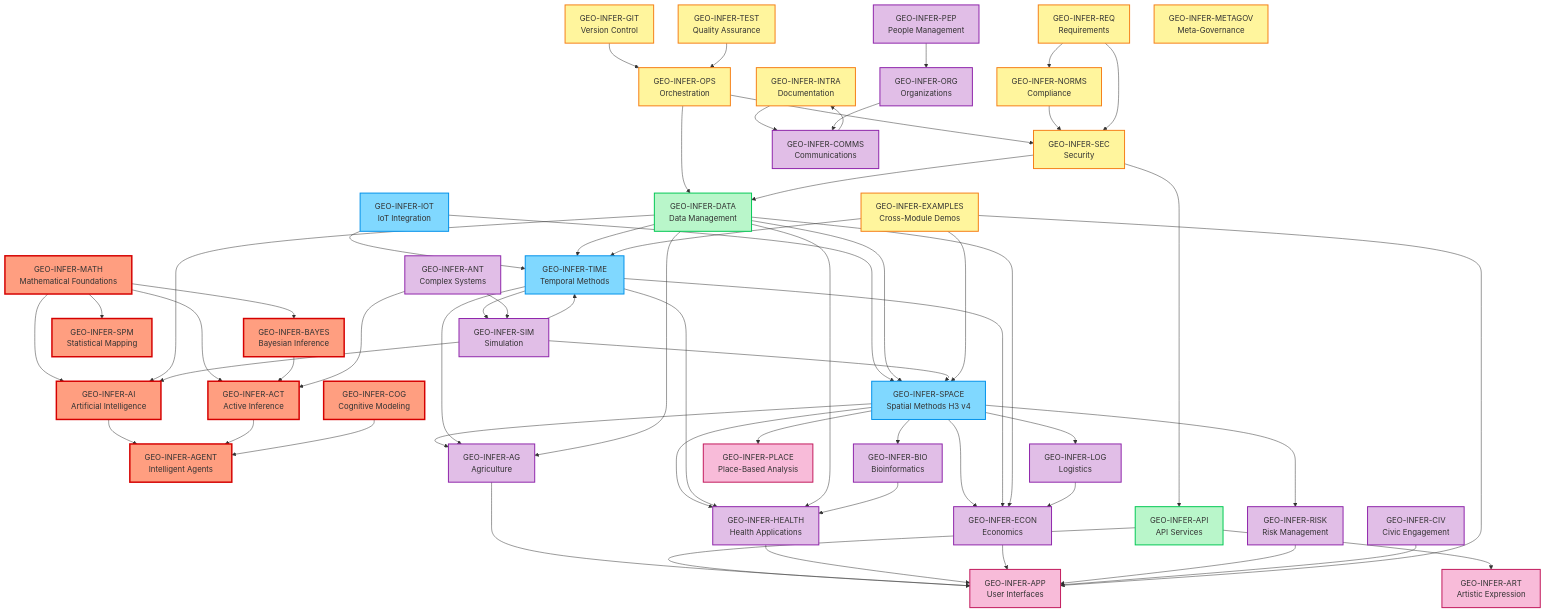
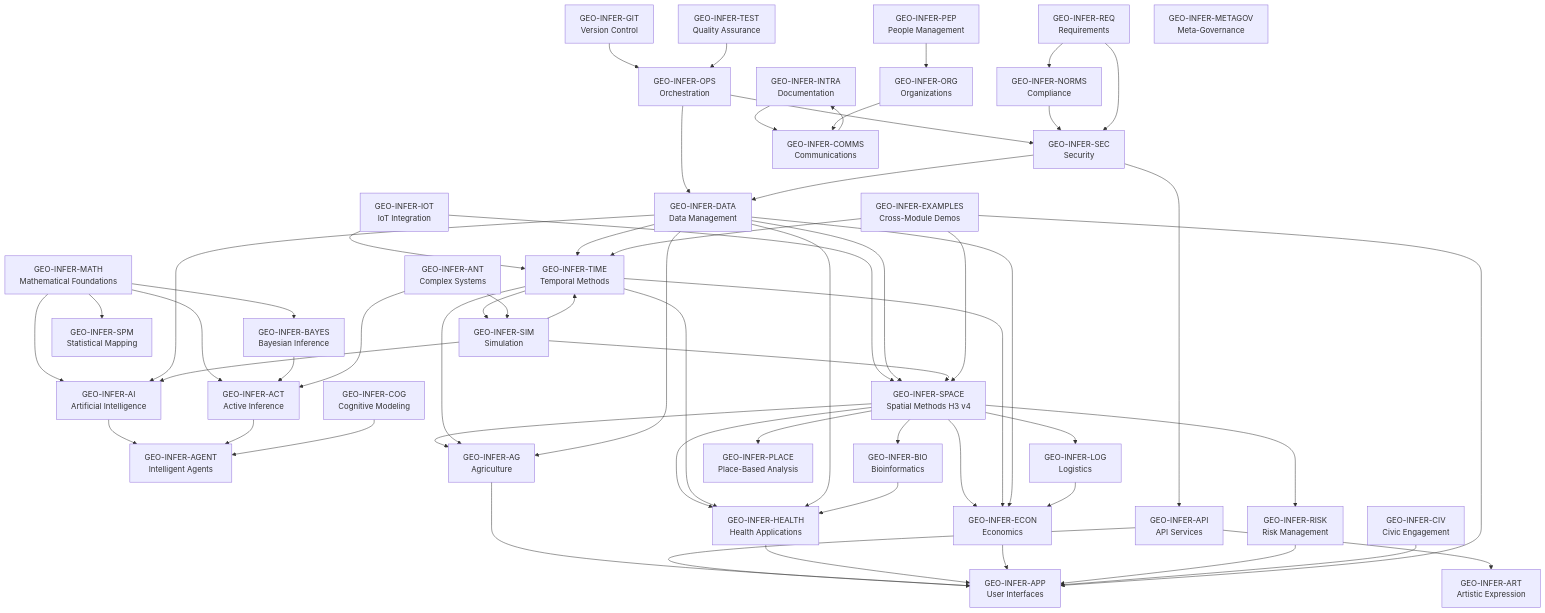
One commit to ActiveInferenceInstitute/GEO-INFER changed the first of 3 diagrams in README.md. Above: the diagram before and after it, drawn with Mermaid. The commit also changed other lines of this file and 387 other files, not shown here.

````diff
--- a/README.md
+++ b/README.md
@@ -225,67 +227,62 @@
 ```mermaid
 graph TB
-    classDef coreNode fill:#ff9e80,stroke:#d50000,stroke-width:3px
-    classDef spatialNode fill:#80d8ff,stroke:#0091ea,stroke-width:2px
-    classDef dataNode fill:#b9f6ca,stroke:#00c853,stroke-width:2px
-    classDef domainNode fill:#e1bee7,stroke:#8e24aa,stroke-width:2px
-    classDef opsNode fill:#fff59d,stroke:#f57f17,stroke-width:2px
-    classDef appNode fill:#f8bbd9,stroke:#c2185b,stroke-width:2px
+    %% Note: no explicit styling; keep dark-mode compatible
 
     %% Core Analytical Layer
-    MATH["GEO-INFER-MATH<br/>Mathematical Foundations"]:::coreNode
-    BAYES["GEO-INFER-BAYES<br/>Bayesian Inference"]:::coreNode
-    ACT["GEO-INFER-ACT<br/>Active Inference"]:::coreNode
-    AI["GEO-INFER-AI<br/>Artificial Intelligence"]:::coreNode
-    COG["GEO-INFER-COG<br/>Cognitive Modeling"]:::coreNode
-    AGENT["GEO-INFER-AGENT<br/>Intelligent Agents"]:::coreNode
-    SPM["GEO-INFER-SPM<br/>Statistical Mapping"]:::coreNode
+    MATH["GEO-INFER-MATH<br/>Mathematical Foundations"]
+    BAYES["GEO-INFER-BAYES<br/>Bayesian Inference"]
+    ACT["GEO-INFER-ACT<br/>Active Inference"]
+    AI["GEO-INFER-AI<br/>Artificial Intelligence"]
+    COG["GEO-INFER-COG<br/>Cognitive Modeling"]
+    AGENT["GEO-INFER-AGENT<br/>Intelligent Agents"]
+    SPM["GEO-INFER-SPM<br/>Statistical Mapping"]
 
     %% Spatial-Temporal Layer
-    SPACE["GEO-INFER-SPACE<br/>Spatial Methods H3 v4"]:::spatialNode
-    TIME["GEO-INFER-TIME<br/>Temporal Methods"]:::spatialNode
-    IOT["GEO-INFER-IOT<br/>IoT Integration"]:::spatialNode
+    SPACE["GEO-INFER-SPACE<br/>Spatial Methods H3 v4"]
+    TIME["GEO-INFER-TIME<br/>Temporal Methods"]
+    IOT["GEO-INFER-IOT<br/>IoT Integration"]
 
     %% Data Management Layer
-    DATA["GEO-INFER-DATA<br/>Data Management"]:::dataNode
-    API["GEO-INFER-API<br/>API Services"]:::dataNode
+    DATA["GEO-INFER-DATA<br/>Data Management"]
+    API["GEO-INFER-API<br/>API Services"]
 
     %% Operations Layer
-    OPS["GEO-INFER-OPS<br/>Orchestration"]:::opsNode
-    SEC["GEO-INFER-SEC<br/>Security"]:::opsNode
-    INTRA["GEO-INFER-INTRA<br/>Documentation"]:::opsNode
-    GIT["GEO-INFER-GIT<br/>Version Control"]:::opsNode
-    TEST["GEO-INFER-TEST<br/>Quality Assurance"]:::opsNode
+    OPS["GEO-INFER-OPS<br/>Orchestration"]
+    SEC["GEO-INFER-SEC<br/>Security"]
+    INTRA["GEO-INFER-INTRA<br/>Documentation"]
+    GIT["GEO-INFER-GIT<br/>Version Control"]
+    TEST["GEO-INFER-TEST<br/>Quality Assurance"]
 
     %% Domain-Specific Layer
-    AG["GEO-INFER-AG<br/>Agriculture"]:::domainNode
-    HEALTH["GEO-INFER-HEALTH<br/>Health Applications"]:::domainNode
-    ECON["GEO-INFER-ECON<br/>Economics"]:::domainNode
-    RISK["GEO-INFER-RISK<br/>Risk Management"]:::domainNode
-    LOG["GEO-INFER-LOG<br/>Logistics"]:::domainNode
-    BIO["GEO-INFER-BIO<br/>Bioinformatics"]:::domainNode
+    AG["GEO-INFER-AG<br/>Agriculture"]
+    HEALTH["GEO-INFER-HEALTH<br/>Health Applications"]
+    ECON["GEO-INFER-ECON<br/>Economics"]
+    RISK["GEO-INFER-RISK<br/>Risk Management"]
+    LOG["GEO-INFER-LOG<br/>Logistics"]
+    BIO["GEO-INFER-BIO<br/>Bioinformatics"]
 
     %% Application Layer
-    APP["GEO-INFER-APP<br/>User Interfaces"]:::appNode
-    ART["GEO-INFER-ART<br/>Artistic Expression"]:::appNode
-    PLACE["GEO-INFER-PLACE<br/>Place-Based Analysis"]:::appNode
+    APP["GEO-INFER-APP<br/>User Interfaces"]
+    ART["GEO-INFER-ART<br/>Artistic Expression"]
+    PLACE["GEO-INFER-PLACE<br/>Place-Based Analysis"]
 
     %% Simulation Layer
-    SIM["GEO-INFER-SIM<br/>Simulation"]:::domainNode
-    ANT["GEO-INFER-ANT<br/>Complex Systems"]:::domainNode
+    SIM["GEO-INFER-SIM<br/>Simulation"]
+    ANT["GEO-INFER-ANT<br/>Complex Systems"]
 
     %% People & Community Layer
-    CIV["GEO-INFER-CIV<br/>Civic Engagement"]:::domainNode
-    PEP["GEO-INFER-PEP<br/>People Management"]:::domainNode
-    ORG["GEO-INFER-ORG<br/>Organizations"]:::domainNode
-    COMMS["GEO-INFER-COMMS<br/>Communications"]:::domainNode
+    CIV["GEO-INFER-CIV<br/>Civic Engagement"]
+    PEP["GEO-INFER-PEP<br/>People Management"]
+    ORG["GEO-INFER-ORG<br/>Organizations"]
+    COMMS["GEO-INFER-COMMS<br/>Communications"]
 
     %% Governance Layer
-    NORMS["GEO-INFER-NORMS<br/>Compliance"]:::opsNode
-    REQ["GEO-INFER-REQ<br/>Requirements"]:::opsNode
-    METAGOV["GEO-INFER-METAGOV<br/>Meta-Governance"]:::opsNode
+    NORMS["GEO-INFER-NORMS<br/>Compliance"]
+    REQ["GEO-INFER-REQ<br/>Requirements"]
+    METAGOV["GEO-INFER-METAGOV<br/>Meta-Governance"]
 
     %% Examples Layer
-    EXAMPLES["GEO-INFER-EXAMPLES<br/>Cross-Module Demos"]:::opsNode
+    EXAMPLES["GEO-INFER-EXAMPLES<br/>Cross-Module Demos"]
 
     %% Core Dependencies
     MATH --> BAYES
````
